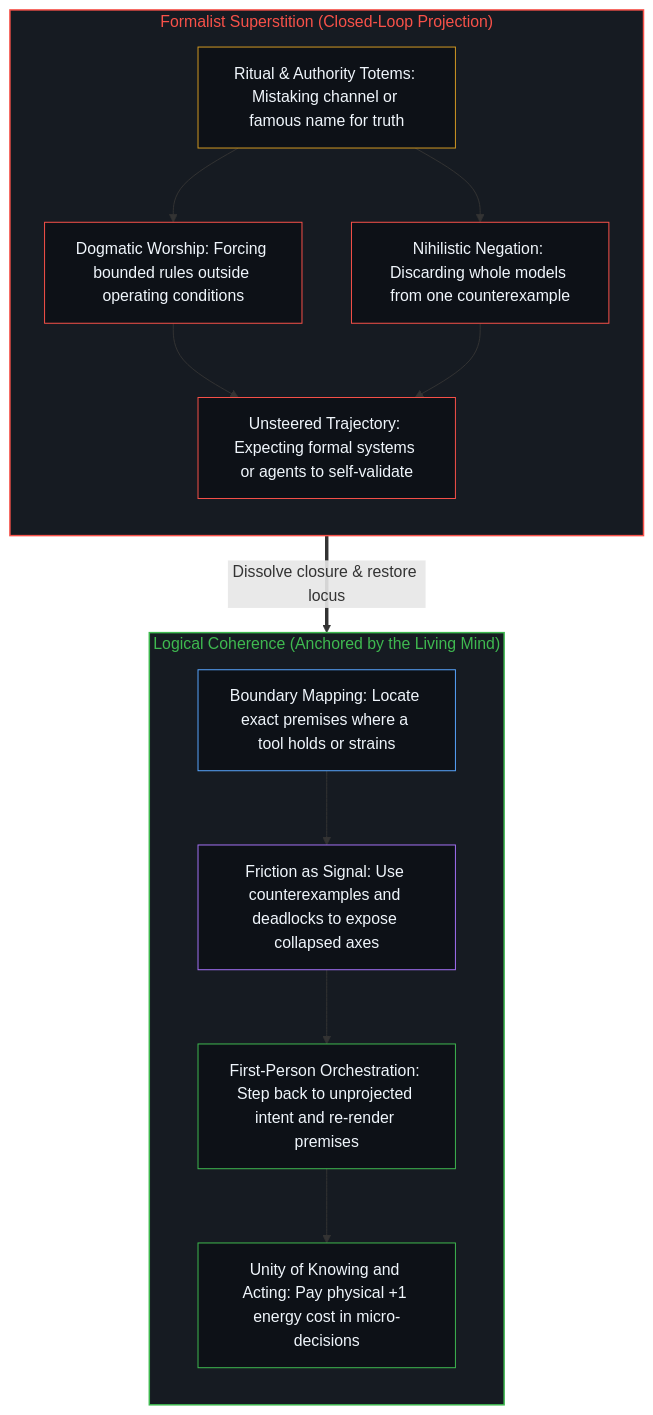
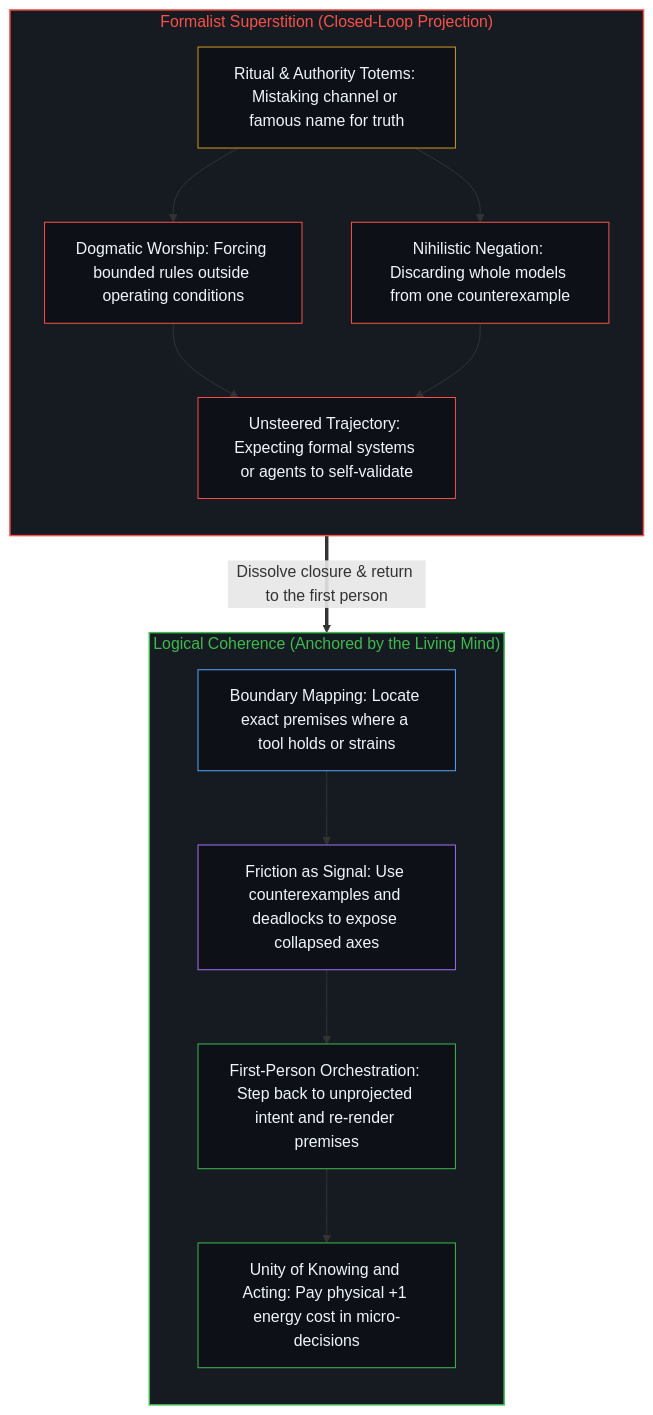
The second of 2 diagrams in content/posts/cong-xing-shi-mi-si-dao-luo-ji-bi-huan.md (powerpig99/not-a-toe), drawn with Mermaid before and after one commit. The commit also changed other lines of this file and 13 other files, not shown here.

````diff
--- a/content/posts/cong-xing-shi-mi-si-dao-luo-ji-bi-huan.md
+++ b/content/posts/cong-xing-shi-mi-si-dao-luo-ji-bi-huan.md
@@ -81,33 +81,33 @@
 ```mermaid
 flowchart TD
     subgraph S_Myth["Formalist Superstition (Closed-Loop Projection)"]
         direction TB
         M_Form["Ritual & Authority Totems: Mistaking channel or famous name for truth"]
         M_Dogma["Dogmatic Worship: Forcing bounded rules outside operating conditions"]
         M_Nihil["Nihilistic Negation: Discarding whole models from one counterexample"]
         M_Agent["Unsteered Trajectory: Expecting formal systems or agents to self-validate"]
         M_Form --> M_Dogma
         M_Form --> M_Nihil
         M_Dogma --> M_Agent
         M_Nihil --> M_Agent
     end
     subgraph S_Coherence["Logical Coherence (Anchored by the Living Mind)"]
         direction TB
         C_Bound["Boundary Mapping: Locate exact premises where a tool holds or strains"]
         C_Signal["Friction as Signal: Use counterexamples and deadlocks to expose collapsed axes"]
         C_Steer["First-Person Orchestration: Step back to unprojected intent and re-render premises"]
         C_Act["Unity of Knowing and Acting: Pay physical +1 energy cost in micro-decisions"]
         C_Bound --> C_Signal --> C_Steer --> C_Act
     end
-    M_Agent ==>|"Dissolve closure & restore locus"| C_Bound
+    M_Agent ==>|"Dissolve closure & return to the first person"| C_Bound
     style S_Myth fill:#161b22,stroke:#f85149,stroke-width:1.5px,color:#f85149
     style S_Coherence fill:#161b22,stroke:#3fb950,stroke-width:1.5px,color:#3fb950
     style M_Form fill:#0d1117,stroke:#d29922,stroke-width:1px,color:#f0f6fc
     style M_Dogma fill:#0d1117,stroke:#f85149,stroke-width:1px,color:#f0f6fc
     style M_Nihil fill:#0d1117,stroke:#f85149,stroke-width:1px,color:#f0f6fc
     style M_Agent fill:#0d1117,stroke:#f85149,stroke-width:1px,color:#f0f6fc
     style C_Bound fill:#0d1117,stroke:#58a6ff,stroke-width:1px,color:#f0f6fc
     style C_Signal fill:#0d1117,stroke:#a371f7,stroke-width:1px,color:#f0f6fc
     style C_Steer fill:#0d1117,stroke:#3fb950,stroke-width:1px,color:#f0f6fc
     style C_Act fill:#0d1117,stroke:#3fb950,stroke-width:1px,color:#f0f6fc
 ```
````
